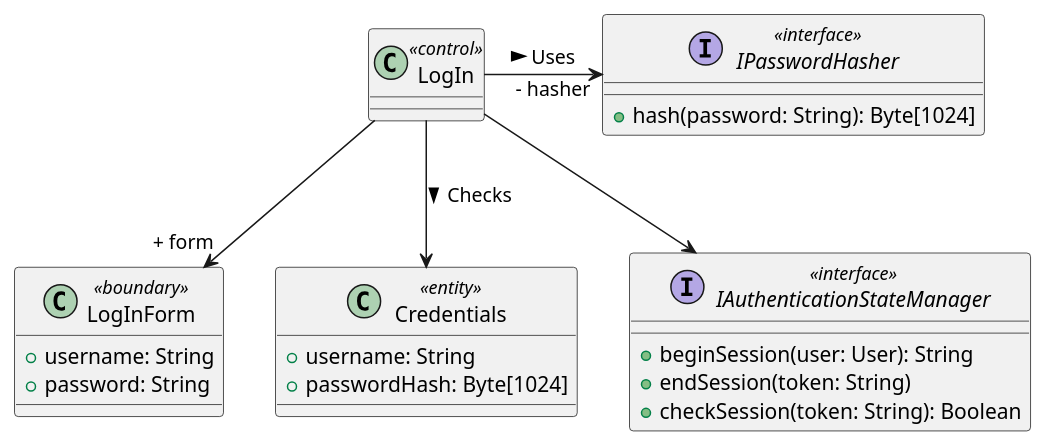
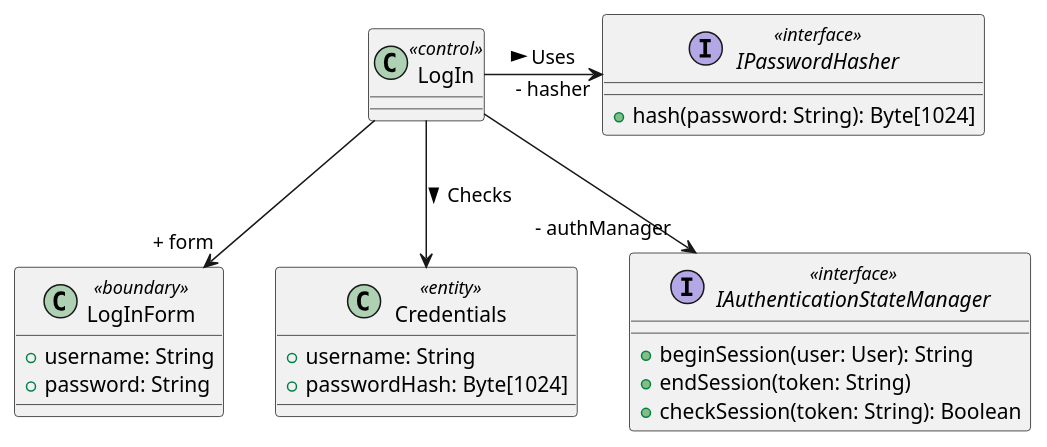
The second of 2 diagrams in Use Cases/LogIn.iuml (bmb0136/COMP-3700-Project), drawn with PlantUML before and after one commit.

Commit message:
add field name to LogIn --> IASM relation

```diff
--- a/Use Cases/LogIn.iuml
+++ b/Use Cases/LogIn.iuml
@@ -28,23 +28,23 @@
 @startuml Log In Object Model
 class LogIn <<control>> {}
 class LogInForm <<boundary>> {
   + username: String
   + password: String
 }
 class Credentials <<entity>> {
   + username: String
   + passwordHash: Byte[1024]
 }
 interface IAuthenticationStateManager <<interface>> {
   + beginSession(user: User): String
   + endSession(token: String)
   + checkSession(token: String): Boolean
 }
 interface IPasswordHasher <<interface>> {
   + hash(password: String): Byte[1024]
 }
 LogIn --> "+ form" LogInForm
 LogIn --> Credentials : Checks >
 LogIn -> "- hasher" IPasswordHasher : Uses >
-LogIn --> IAuthenticationStateManager
+LogIn --> "- authManager" IAuthenticationStateManager
 @enduml
```
